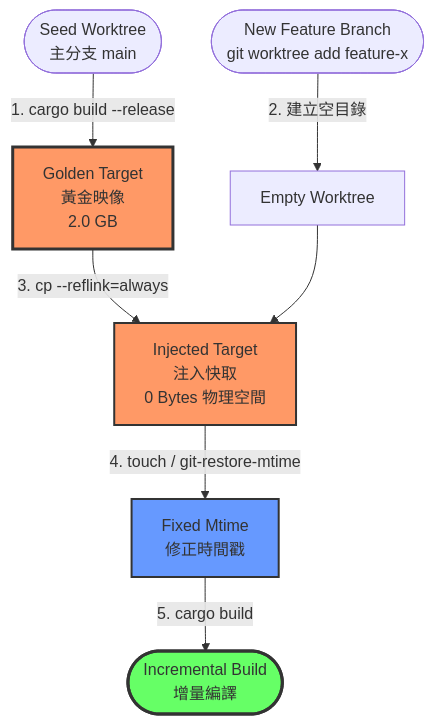
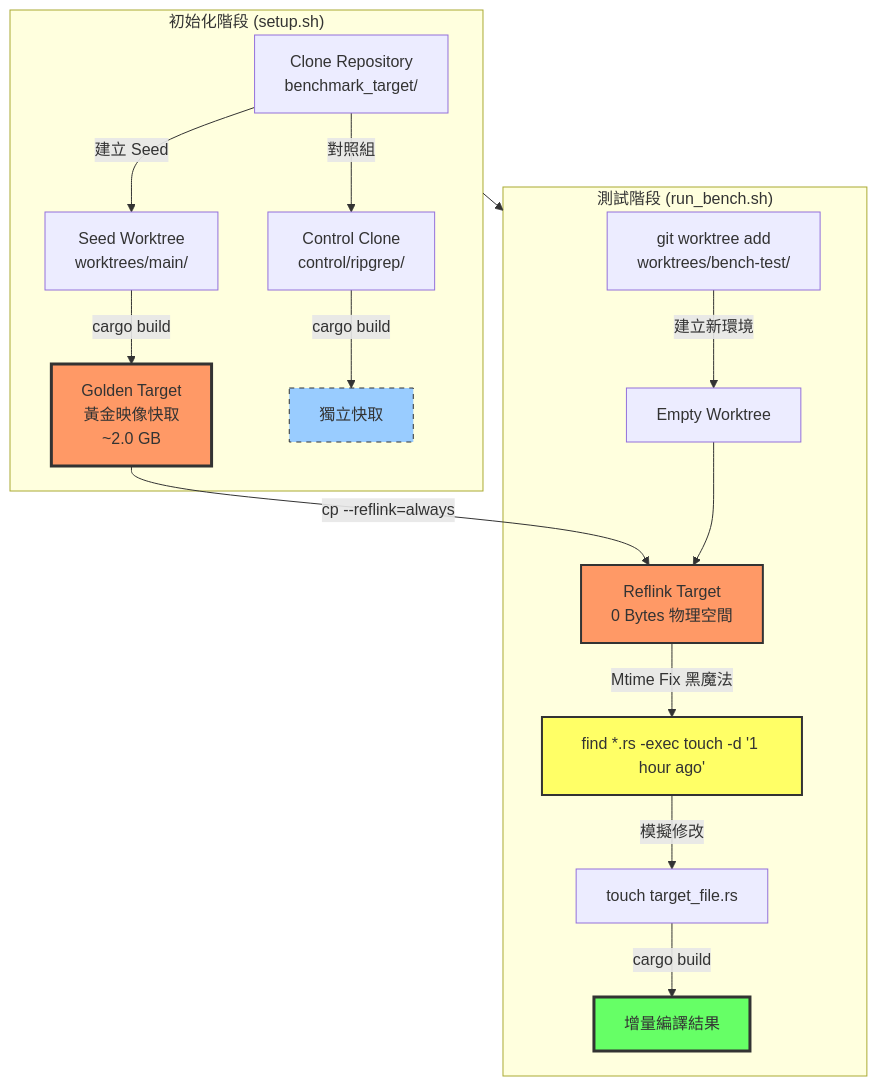
One commit to G36maid/Special-Topics-on-CS changed the fifth of 22 diagrams in slide/final_poster.md. Above: the diagram before and after it, drawn with Mermaid. The commit also changed other lines of this file and 3 other files, not shown here.

````diff
--- a/slide/final_poster.md
+++ b/slide/final_poster.md
@@ -110,14 +159,26 @@
 ```mermaid
 flowchart TD
-    A([Seed Worktree<br/>主分支 main]) -->|1. cargo build --release| B[Golden Target<br/>黃金映像<br/>2.0 GB]
-    C([New Feature Branch<br/>git worktree add feature-x]) -->|2. 建立空目錄| D[Empty Worktree]
-    B -->|3. cp --reflink=always| E[Injected Target<br/>注入快取<br/>0 Bytes 物理空間]
-    D --> E
-    E -->|4. touch / git-restore-mtime| F[Fixed Mtime<br/>修正時間戳]
-    F -->|5. cargo build| G([Incremental Build<br/>增量編譯])
+    subgraph Setup["初始化階段 (setup.sh)"]
+        A[Clone Repository<br/>benchmark_target/] -->|建立 Seed| B[Seed Worktree<br/>worktrees/main/]
+        B -->|cargo build| C[Golden Target<br/>黃金映像快取<br/>~2.0 GB]
+        A -->|對照組| D[Control Clone<br/>control/ripgrep/]
+        D -->|cargo build| E[獨立快取]
+    end
     
-    style B fill:#f96,stroke:#333,stroke-width:3px
-    style E fill:#f96,stroke:#333,stroke-width:2px
-    style F fill:#69f,stroke:#333,stroke-width:2px
-    style G fill:#6f6,stroke:#333,stroke-width:3px
+    subgraph Benchmark["測試階段 (run_bench.sh)"]
+        F[git worktree add<br/>worktrees/bench-test/] -->|建立新環境| G[Empty Worktree]
+        C -->|cp --reflink=always| H[Reflink Target<br/>0 Bytes 物理空間]
+        G --> H
+        H -->|Mtime Fix 黑魔法| I[find *.rs -exec touch -d '1 hour ago']
+        I -->|模擬修改| J[touch target_file.rs]
+        J -->|cargo build| K[增量編譯結果]
+    end
+    
+    Setup --> Benchmark
+    
+    style C fill:#f96,stroke:#333,stroke-width:3px
+    style H fill:#f96,stroke:#333,stroke-width:2px
+    style I fill:#ff6,stroke:#333,stroke-width:2px
+    style K fill:#6f6,stroke:#333,stroke-width:3px
+    style E fill:#9cf,stroke:#333,stroke-dasharray: 5 5
 ```
````
